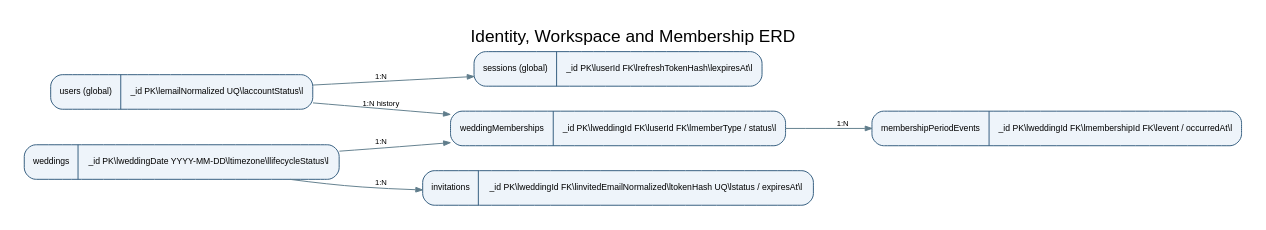
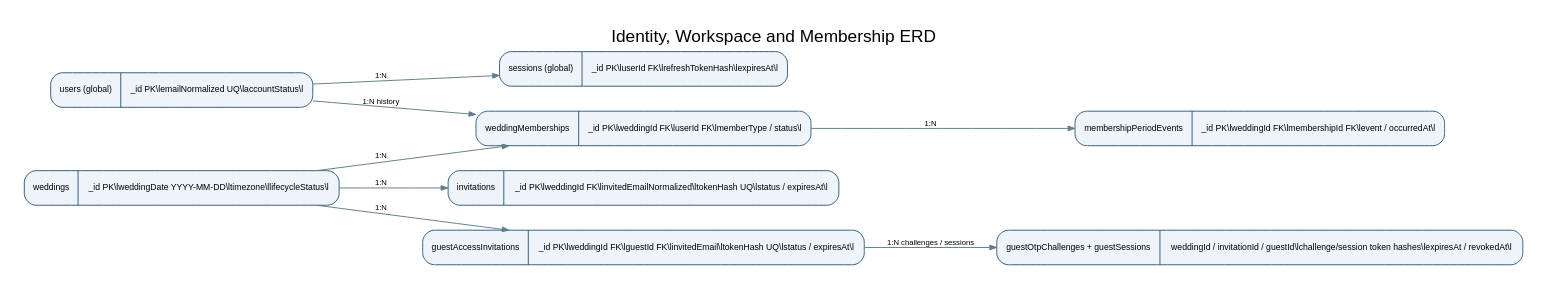
One commit to codeX4r/make-my-marrige changed the diagram in docs/03-database-design/diagrams/02_identity_membership.dot. Above: the diagram before and after it, drawn with Graphviz. The commit also changed 24 other files, not shown here.

```diff
--- a/docs/03-database-design/diagrams/02_identity_membership.dot
+++ b/docs/03-database-design/diagrams/02_identity_membership.dot
@@ -1,17 +1,21 @@
 
 digraph G {
  graph [rankdir=LR, bgcolor="white", pad="0.25", nodesep="0.35", ranksep="0.65", label="Identity, Workspace and Membership ERD", labelloc=t, fontsize=18, fontname="Arial"];
  node [shape=record, style="rounded,filled", fillcolor="#EEF4FA", color="#315A7D", fontname="Arial", fontsize=9];
  edge [color="#607D8B", fontname="Arial", fontsize=8, arrowsize=0.7];
  users [label="{users (global)|_id PK\\lemailNormalized UQ\\laccountStatus\\l}"];
  sessions [label="{sessions (global)|_id PK\\luserId FK\\lrefreshTokenHash\\lexpiresAt\\l}"];
  weddings [label="{weddings|_id PK\\lweddingDate YYYY-MM-DD\\ltimezone\\llifecycleStatus\\l}"];
  memberships [label="{weddingMemberships|_id PK\\lweddingId FK\\luserId FK\\lmemberType / status\\l}"];
  invites [label="{invitations|_id PK\\lweddingId FK\\linvitedEmailNormalized\\ltokenHash UQ\\lstatus / expiresAt\\l}"];
+ guest_invites [label="{guestAccessInvitations|_id PK\\lweddingId FK\\lguestId FK\\linvitedEmail\\ltokenHash UQ\\lstatus / expiresAt\\l}"];
+ guest_auth [label="{guestOtpChallenges + guestSessions|weddingId / invitationId / guestId\\lchallenge/session token hashes\\lexpiresAt / revokedAt\\l}"];
  periods [label="{membershipPeriodEvents|_id PK\\lweddingId FK\\lmembershipId FK\\levent / occurredAt\\l}"];
  users -> sessions [label="1:N"];
  users -> memberships [label="1:N history"];
  weddings -> memberships [label="1:N"];
  weddings -> invites [label="1:N"];
+ weddings -> guest_invites [label="1:N"];
+ guest_invites -> guest_auth [label="1:N challenges / sessions"];
  memberships -> periods [label="1:N"];
 }
```
